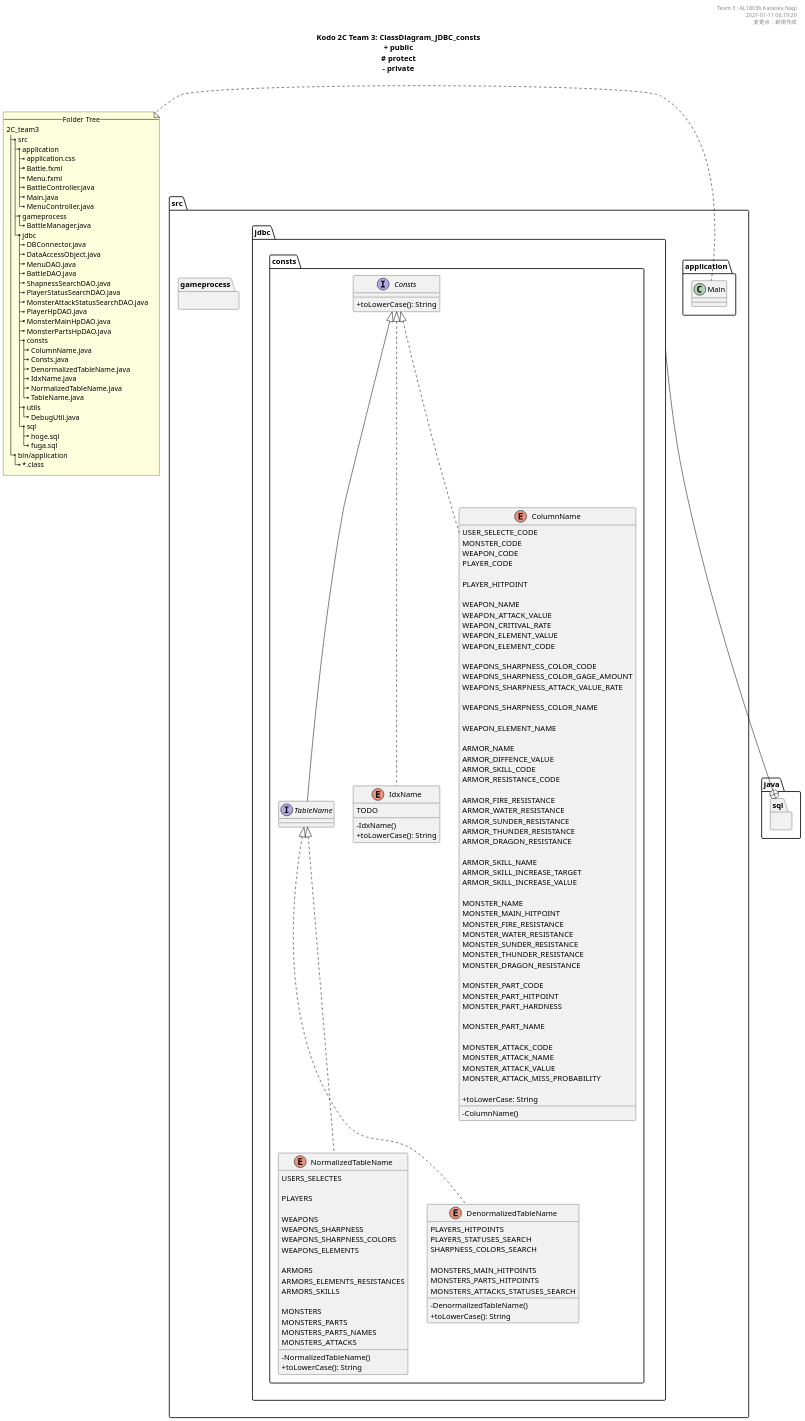
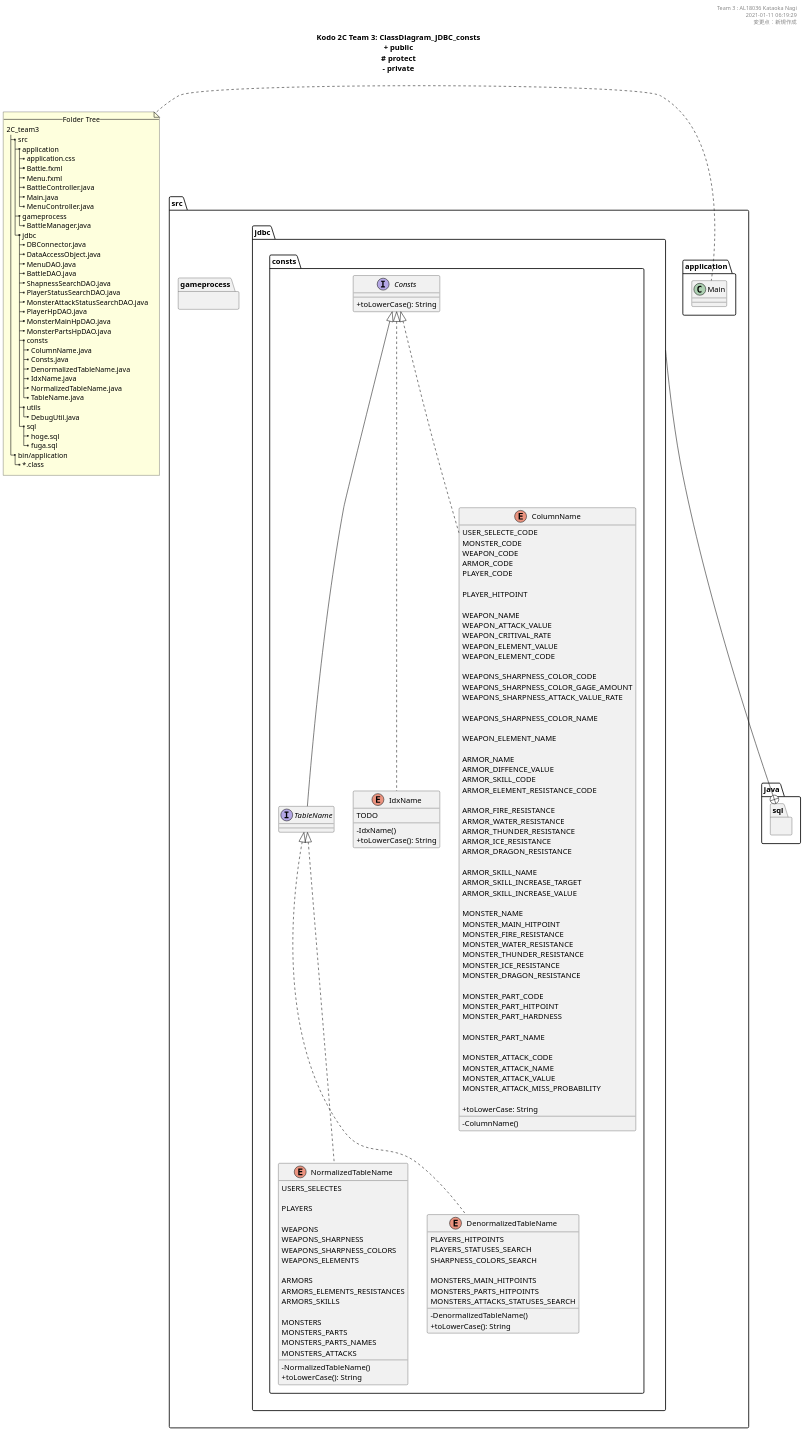
One commit to KataokaNagi/2C_team3 changed the diagram in uml/ClassDiagram_JDBC_consts.pu. Above: the diagram before and after it, drawn with PlantUML. The commit also changed 12 other files, not shown here.

```diff
--- a/uml/ClassDiagram_JDBC_consts.pu
+++ b/uml/ClassDiagram_JDBC_consts.pu
@@ -173,6 +173,7 @@
     USER_SELECTE_CODE
     MONSTER_CODE
     WEAPON_CODE
+    ARMOR_CODE
     PLAYER_CODE
 
     ' /////////////////////////
@@ -209,13 +210,13 @@
     ARMOR_NAME
     ARMOR_DIFFENCE_VALUE
     ARMOR_SKILL_CODE
-    ARMOR_RESISTANCE_CODE
+    ARMOR_ELEMENT_RESISTANCE_CODE
 
     ' // 防具属性耐性
     ARMOR_FIRE_RESISTANCE
     ARMOR_WATER_RESISTANCE
-    ARMOR_SUNDER_RESISTANCE
     ARMOR_THUNDER_RESISTANCE
+    ARMOR_ICE_RESISTANCE
     ARMOR_DRAGON_RESISTANCE
 
     ' // 防具スキル
@@ -231,8 +232,8 @@
     MONSTER_MAIN_HITPOINT
     MONSTER_FIRE_RESISTANCE
     MONSTER_WATER_RESISTANCE
-    MONSTER_SUNDER_RESISTANCE
     MONSTER_THUNDER_RESISTANCE
+    MONSTER_ICE_RESISTANCE
     MONSTER_DRAGON_RESISTANCE
 
     ' // モンスター部位
```
